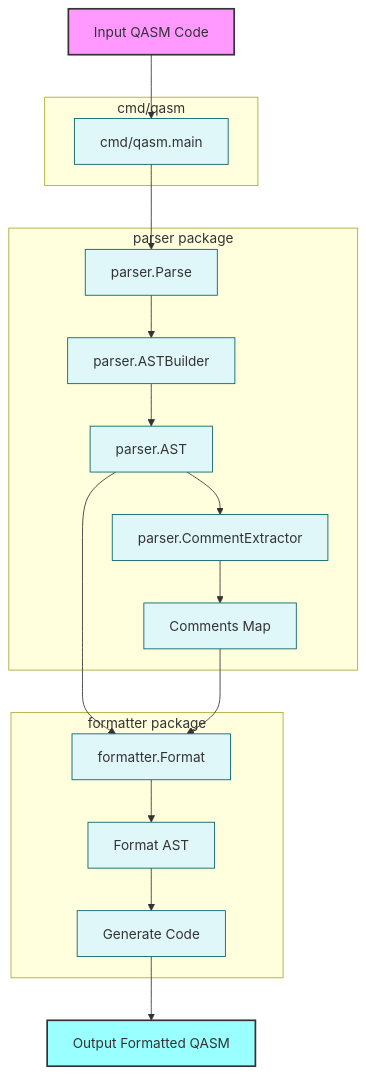
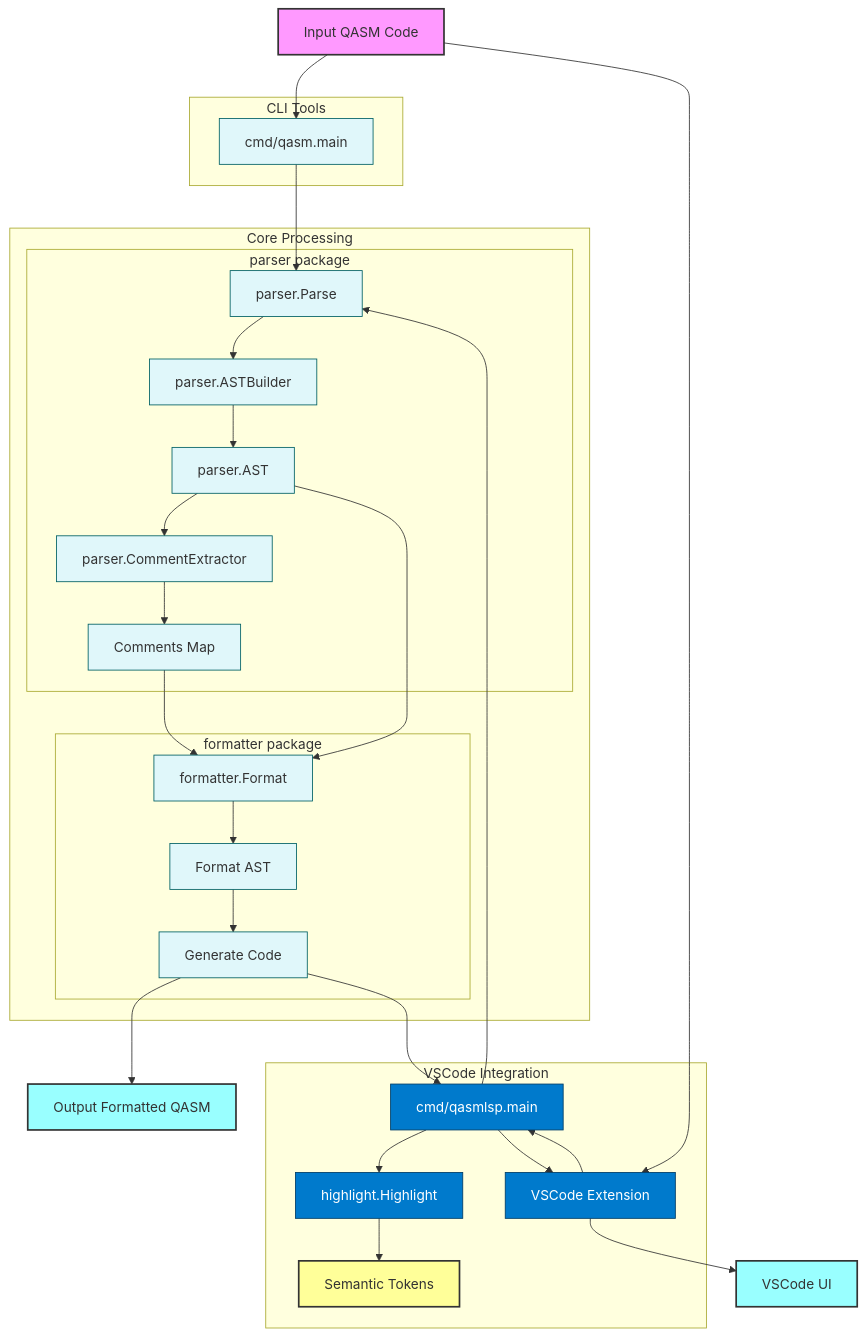
The diagram in README.md (orangekame3/qasmtools), drawn with Mermaid before and after one commit. The commit also changed other lines of this file and 3 other files, not shown here.

````diff
--- a/README.md
+++ b/README.md
@@ -99,35 +164,53 @@
 ```mermaid
 flowchart TD
     A[Input QASM Code] --> M[cmd/qasm.main]
+    A --> VSC[VSCode Extension]
     
-    subgraph "cmd/qasm"
-        M
+    subgraph "CLI Tools"
+        M[cmd/qasm.main]
+    end
+    
+    subgraph "VSCode Integration"
+        VSC[VSCode Extension] --> LSP[cmd/qasmlsp.main]
+        LSP --> HL[highlight.Highlight]
+        HL --> ST[Semantic Tokens]
     end
     
     M --> B[parser.Parse]
+    LSP --> B
     
-    subgraph "parser package"
-        B[parser.Parse] --> C[parser.ASTBuilder]
-        C --> D[parser.AST]
-        D --> E[parser.CommentExtractor]
-        E --> F[Comments Map]
-    end
-    
-    subgraph "formatter package"
-        G[formatter.Format]
-        H[Format AST]
-        I[Generate Code]
+    subgraph "Core Processing"
+        subgraph "parser package"
+            B[parser.Parse] --> C[parser.ASTBuilder]
+            C --> D[parser.AST]
+            D --> E[parser.CommentExtractor]
+            E --> F[Comments Map]
+        end
+        
+        subgraph "formatter package"
+            G[formatter.Format]
+            H[Format AST]
+            I[Generate Code]
+        end
     end
     
     D --> G
     F --> G
     G --> H
     H --> I
     I --> J[Output Formatted QASM]
+    I --> LSP
+    
+    LSP --> VSC
+    VSC --> K[VSCode UI]
     
     style A fill:#f9f,stroke:#333,stroke-width:2px
     style J fill:#9ff,stroke:#333,stroke-width:2px
+    style K fill:#9ff,stroke:#333,stroke-width:2px
+    style ST fill:#ff9,stroke:#333,stroke-width:2px
     
     classDef package fill:#e0f7fa,stroke:#006064
+    classDef vscode fill:#007acc,stroke:#003d66,color:#fff
     class M,B,C,D,E,F,G,H,I package
+    class VSC,LSP,HL vscode
 ```
````
